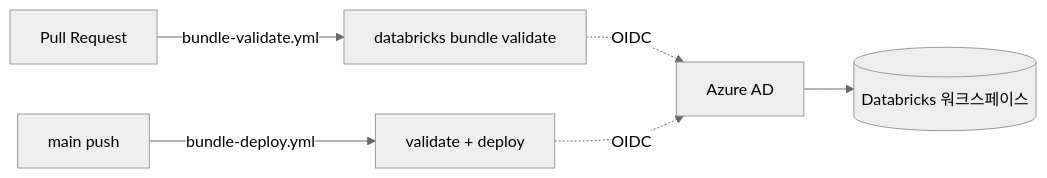
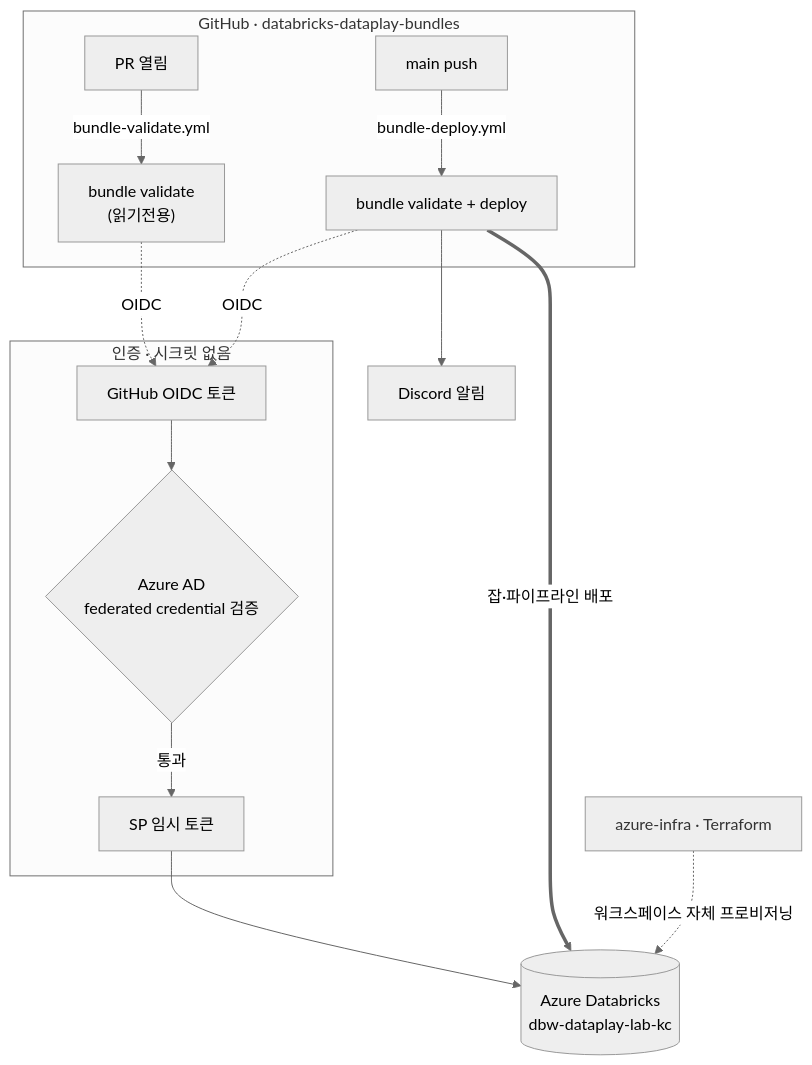
The diagram in README.md (hellojin97/databricks-dataplay-bundles), drawn with Mermaid (neutral theme) before and after one commit. The commit also changed other lines of this file, not shown here.

Commit message:
docs(readme): replace repo tree with architecture diagram
- drop 레포 구조 tree; keep slim 문서 link list for discoverability
- expand top mermaid into full architecture (2-repo split, OIDC chain, deploy)

````diff
--- a/README.md
+++ b/README.md
@@ -11,8 +11,23 @@
 ```mermaid
-flowchart LR
-    PR[Pull Request] -->|bundle-validate.yml| V[databricks bundle validate]
-    M[main push] -->|bundle-deploy.yml| D[validate + deploy]
-    V -.OIDC.-> AAD[Azure AD]
-    D -.OIDC.-> AAD
-    AAD --> WS[(Databricks 워크스페이스)]
+flowchart TB
+    subgraph GH["GitHub · databricks-dataplay-bundles"]
+        PR["PR 열림"] -->|bundle-validate.yml| V["bundle validate<br/>(읽기전용)"]
+        MN["main push"] -->|bundle-deploy.yml| DP["bundle validate + deploy"]
+    end
+
+    subgraph AUTH["인증 · 시크릿 없음"]
+        OIDC["GitHub OIDC 토큰"] --> AAD{"Azure AD<br/>federated credential 검증"}
+        AAD -->|통과| TOK["SP 임시 토큰"]
+    end
+
+    V -.OIDC.-> OIDC
+    DP -.OIDC.-> OIDC
+    TOK --> WS[("Azure Databricks<br/>dbw-dataplay-lab-kc")]
+    DP ==>|잡·파이프라인 배포| WS
+    DP --> DC["Discord 알림"]
+
+    AZ["azure-infra · Terraform"] -. 워크스페이스 자체 프로비저닝 .-> WS
+
+    classDef infra fill:#eee,stroke:#999,color:#333;
+    class AZ infra
 ```
````
